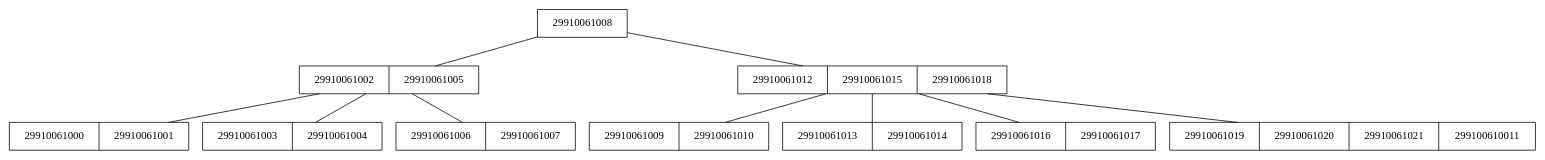
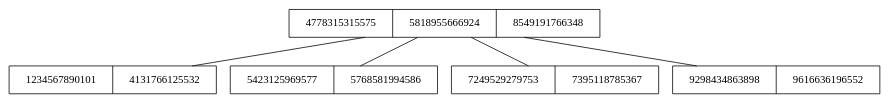
The diagram in Cliente/src/assets/graphviz/usuarios.dot (RojasCJP/EDD_VirtualMall_201900289), drawn with Graphviz before and after one commit. The commit also changed 16 other files, not shown here.

```diff
--- a/Cliente/src/assets/graphviz/usuarios.dot
+++ b/Cliente/src/assets/graphviz/usuarios.dot
@@ -1,22 +1,12 @@
 graph g {
 node [shape="record"];
-graph [rankdir="BT"];"29910061008" [label="29910061008"];
-"2991006100229910061005" [label="29910061002|29910061005"];
-"2991006100029910061001" [label="29910061000|29910061001"];
-"2991006100329910061004" [label="29910061003|29910061004"];
-"2991006100629910061007" [label="29910061006|29910061007"];
-"299100610122991006101529910061018" [label="29910061012|29910061015|29910061018"];
-"2991006100929910061010" [label="29910061009|29910061010"];
-"2991006101329910061014" [label="29910061013|29910061014"];
-"2991006101629910061017" [label="29910061016|29910061017"];
-"299100610192991006102029910061021299100610011" [label="29910061019|29910061020|29910061021|299100610011"];
-"2991006100229910061005"--"29910061008";
-"2991006100029910061001"--"2991006100229910061005";
-"2991006100329910061004"--"2991006100229910061005";
-"2991006100629910061007"--"2991006100229910061005";
-"299100610122991006101529910061018"--"29910061008";
-"2991006100929910061010"--"299100610122991006101529910061018";
-"2991006101329910061014"--"299100610122991006101529910061018";
-"2991006101629910061017"--"299100610122991006101529910061018";
-"299100610192991006102029910061021299100610011"--"299100610122991006101529910061018";
+graph [rankdir="BT"];"477831531557558189556669248549191766348" [label="4778315315575|5818955666924|8549191766348"];
+"12345678901014131766125532" [label="1234567890101|4131766125532"];
+"54231259695775768581994586" [label="5423125969577|5768581994586"];
+"72495292797537395118785367" [label="7249529279753|7395118785367"];
+"92984348638989616636196552" [label="9298434863898|9616636196552"];
+"12345678901014131766125532"--"477831531557558189556669248549191766348";
+"54231259695775768581994586"--"477831531557558189556669248549191766348";
+"72495292797537395118785367"--"477831531557558189556669248549191766348";
+"92984348638989616636196552"--"477831531557558189556669248549191766348";
 }
```
